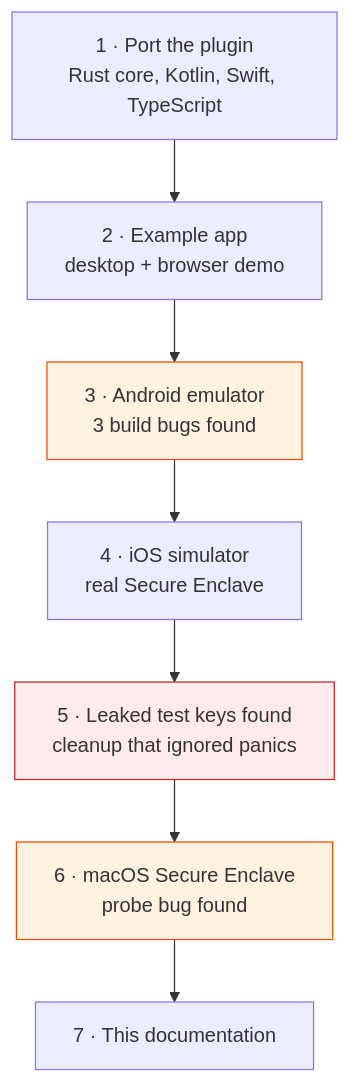
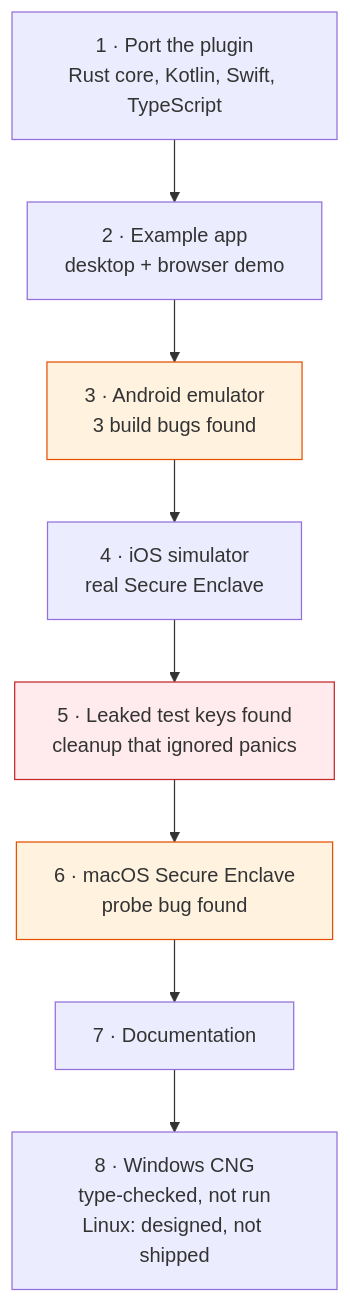
Before and after one commit to vaam-apps/tauri-sign-keypair: the second of 6 diagrams in docs/06-build-log.md, drawn with Mermaid. The commit also changed other lines of this file and 4 other files, not shown here.

First line of the commit message:
docs: Linux TPM design note, and platform docs for the Windows backend

````diff
--- a/docs/06-build-log.md
+++ b/docs/06-build-log.md
@@ -30,14 +30,15 @@
 ```mermaid
 flowchart TB
     S1["1 · Port the plugin<br/>Rust core, Kotlin, Swift, TypeScript"] --> S2
     S2["2 · Example app<br/>desktop + browser demo"] --> S3
     S3["3 · Android emulator<br/>3 build bugs found"] --> S4
     S4["4 · iOS simulator<br/>real Secure Enclave"] --> S5
     S5["5 · Leaked test keys found<br/>cleanup that ignored panics"] --> S6
     S6["6 · macOS Secure Enclave<br/>probe bug found"] --> S7
-    S7["7 · This documentation"]
+    S7["7 · Documentation"] --> S8
+    S8["8 · Windows CNG<br/>type-checked, not run<br/>Linux: designed, not shipped"]
 
     style S3 fill:#fff3e0,stroke:#e65100
     style S5 fill:#ffebee,stroke:#c62828
     style S6 fill:#fff3e0,stroke:#e65100
 ```
````
